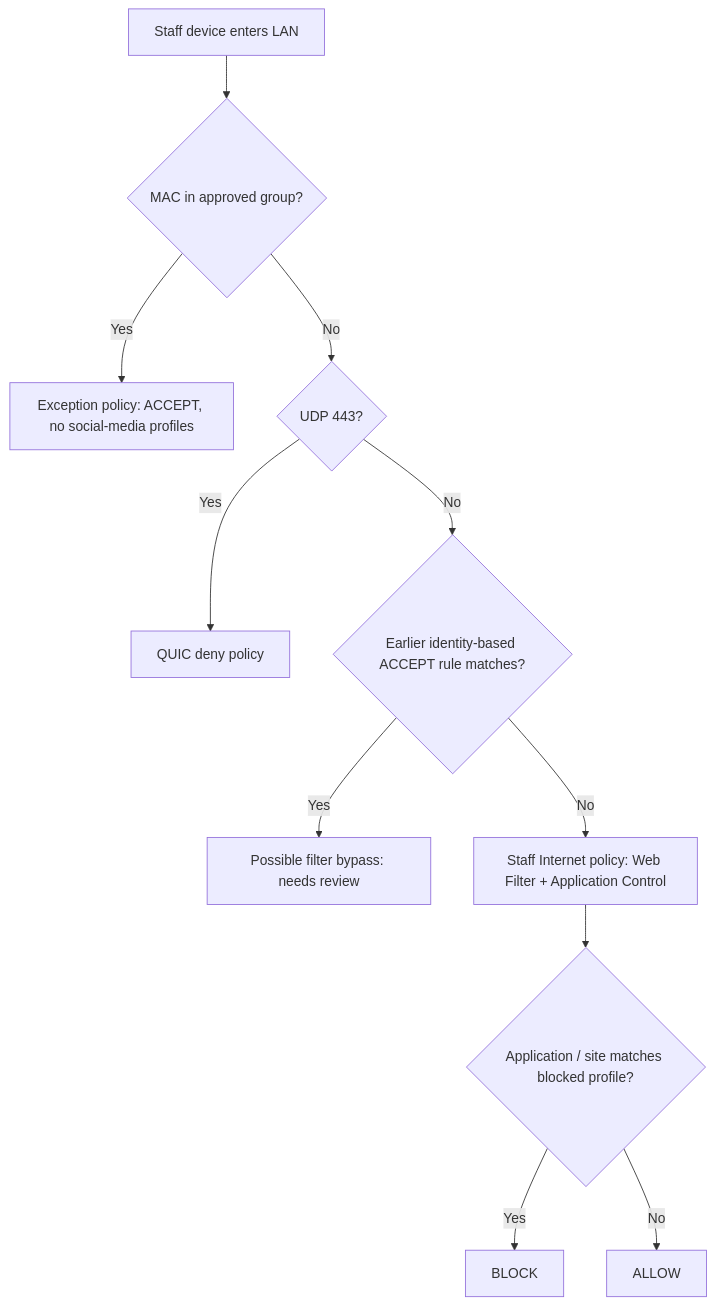
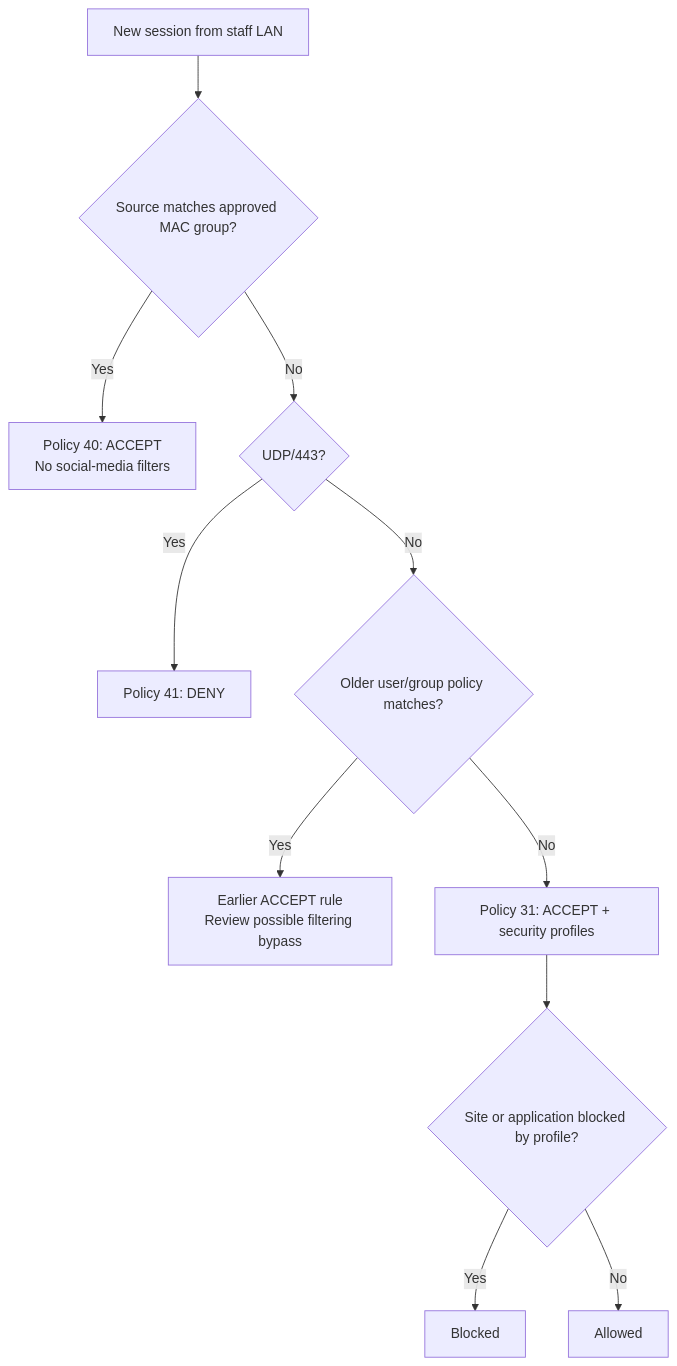
One commit to rsatlukhanov-coder/fortigate-social-media-access-control changed the diagram in README.md. Above: the diagram before and after it, drawn with Mermaid. The commit also changed other lines of this file, not shown here.

````diff
--- a/README.md
+++ b/README.md
@@ -24,13 +41,13 @@
 ```mermaid
 flowchart TD
- A["Staff device enters LAN"] --> B{"MAC in approved group?"}
- B -->|Yes| C["Exception policy: ACCEPT, no social-media profiles"]
- B -->|No| D{"UDP 443?"}
- D -->|Yes| E["QUIC deny policy"]
- D -->|No| F{"Earlier identity-based ACCEPT rule matches?"}
- F -->|Yes| G["Possible filter bypass: needs review"]
- F -->|No| H["Staff Internet policy: Web Filter + Application Control"]
- H --> I{"Application / site matches blocked profile?"}
- I -->|Yes| J["BLOCK"]
- I -->|No| K["ALLOW"]
+    A["New session from staff LAN"] --> B{"Source matches approved MAC group?"}
+    B -- Yes --> C["Policy 40: ACCEPT\nNo social-media filters"]
+    B -- No --> D{"UDP/443?"}
+    D -- Yes --> E["Policy 41: DENY"]
+    D -- No --> F{"Older user/group policy matches?"}
+    F -- Yes --> G["Earlier ACCEPT rule\nReview possible filtering bypass"]
+    F -- No --> H["Policy 31: ACCEPT + security profiles"]
+    H --> I{"Site or application blocked by profile?"}
+    I -- Yes --> J["Blocked"]
+    I -- No --> K["Allowed"]
 ```
````
